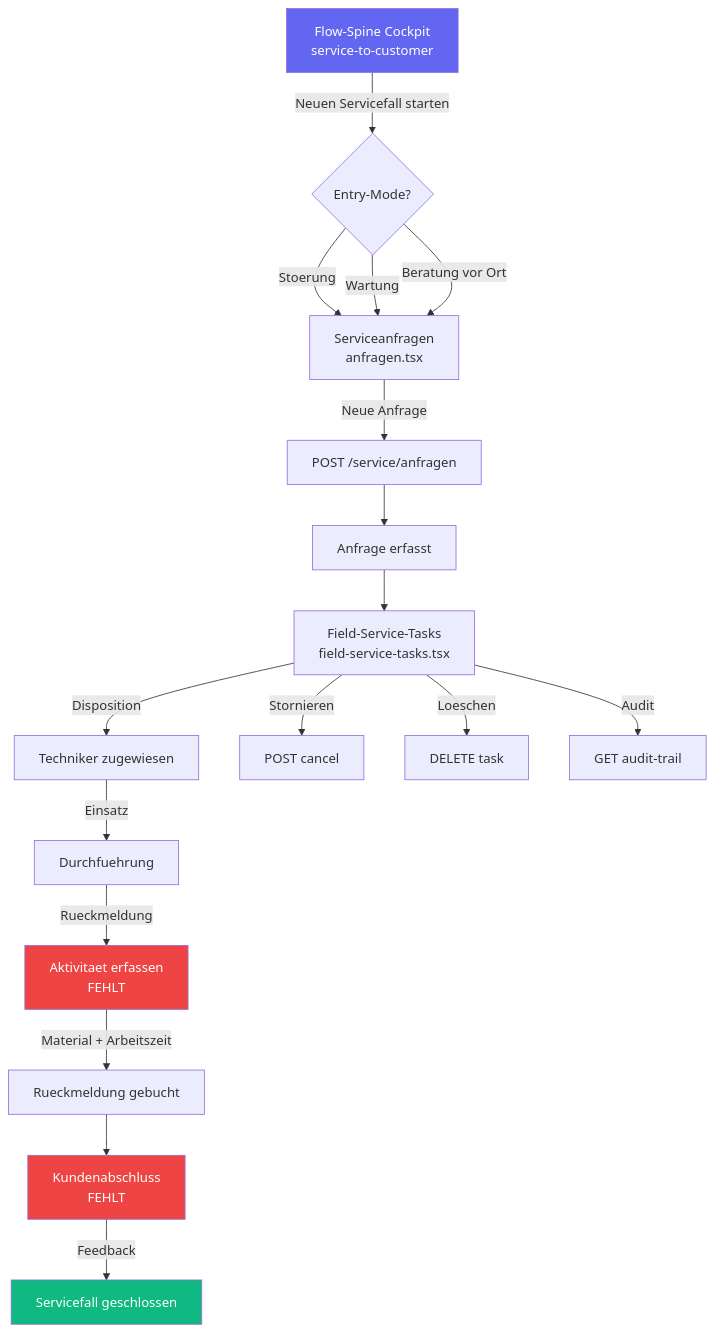
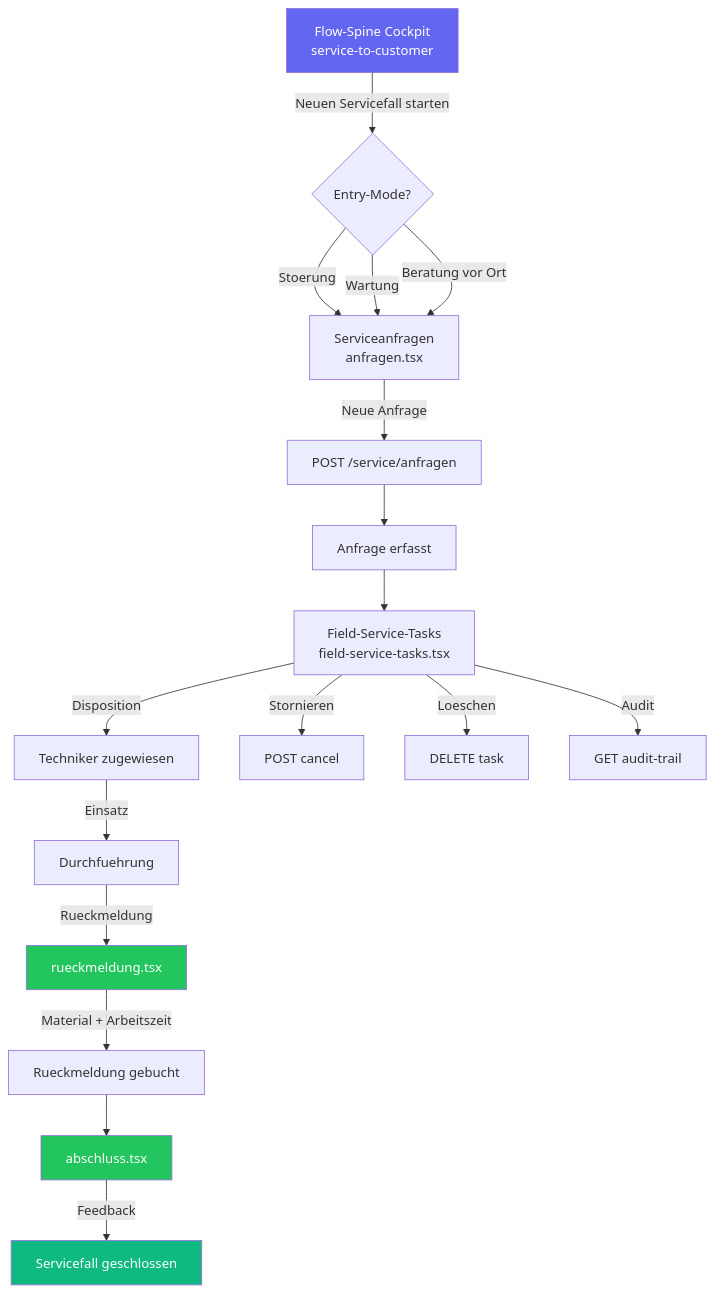
Before and after one commit to JochenWeerda/VALEO-NeuroERP-3.0: the diagram in docs/workflows/svc-001-service-to-customer.md, drawn with Mermaid. The commit also changed other lines of this file and 4 other files, not shown here.

````diff
--- a/docs/workflows/svc-001-service-to-customer.md
+++ b/docs/workflows/svc-001-service-to-customer.md
@@ -48,29 +48,29 @@
 ```mermaid
 flowchart TD
     A[Flow-Spine Cockpit\nservice-to-customer] -->|Neuen Servicefall starten| B{Entry-Mode?}
     B -->|Stoerung| C[Serviceanfragen\nanfragen.tsx]
     B -->|Wartung| C
     B -->|Beratung vor Ort| C
 
     C -->|Neue Anfrage| D[POST /service/anfragen]
     D --> E[Anfrage erfasst]
 
     E --> F[Field-Service-Tasks\nfield-service-tasks.tsx]
     F -->|Disposition| G[Techniker zugewiesen]
     G -->|Einsatz| H[Durchfuehrung]
 
-    H -->|Rueckmeldung| I[Aktivitaet erfassen\nFEHLT]
+    H -->|Rueckmeldung| I[rueckmeldung.tsx]
     I -->|Material + Arbeitszeit| J[Rueckmeldung gebucht]
 
-    J --> K[Kundenabschluss\nFEHLT]
+    J --> K[abschluss.tsx]
     K -->|Feedback| L[Servicefall geschlossen]
 
     F -->|Stornieren| M[POST cancel]
     F -->|Loeschen| N[DELETE task]
     F -->|Audit| O[GET audit-trail]
 
     style A fill:#6366f1,color:#fff
     style L fill:#10b981,color:#fff
-    style I fill:#ef4444,color:#fff
-    style K fill:#ef4444,color:#fff
+    style I fill:#22c55e,color:#fff
+    style K fill:#22c55e,color:#fff
 ```
````
